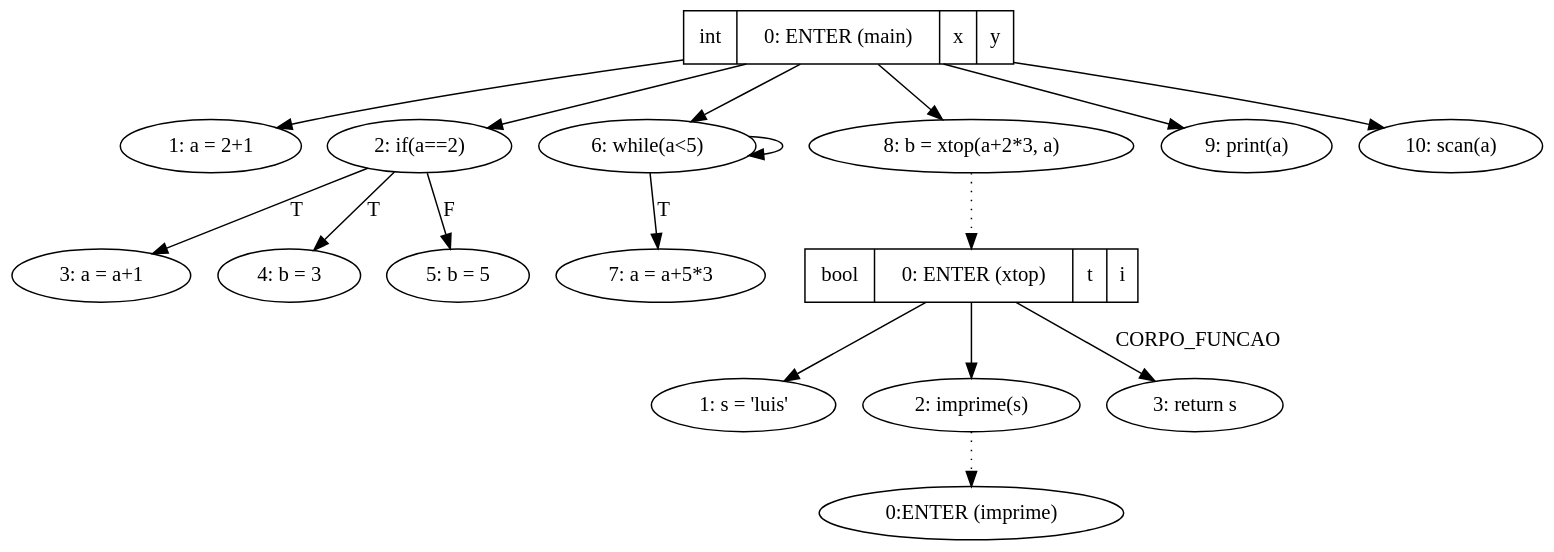
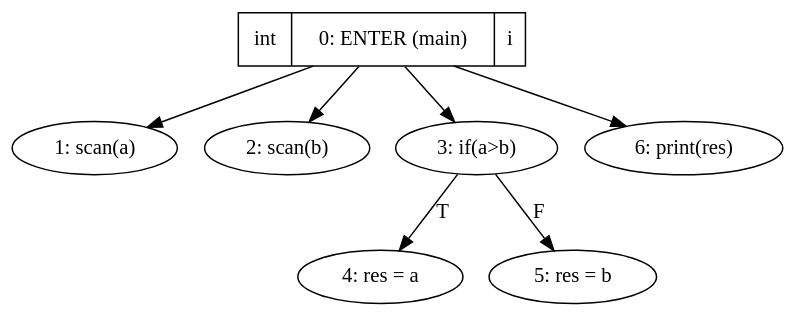
One commit to MiguelCosta/ATS changed the diagram in Final/Cmb/WebSite/Gramatica/output/sdg.gv. Above: the diagram before and after it, drawn with Graphviz. The commit also changed 18 other files, not shown here.

```diff
--- a/Final/Cmb/WebSite/Gramatica/output/sdg.gv
+++ b/Final/Cmb/WebSite/Gramatica/output/sdg.gv
@@ -1,42 +1,20 @@
 digraph mainmapSDG {
 graph [bgcolor=transparent];
-"0:ENTER (main)"[shape=record, label="{{int|0: ENTER (main)|x|y}}"];
-"1:a = 2+1"[label="1: a = 2+1"];
-"2:if(a==2)"[label="2: if(a==2)"];
-"3:a = a+1"[label="3: a = a+1"];
-"4:b = 3"[label="4: b = 3"];
-"5:b = 5"[label="5: b = 5"];
-"6:while(a<5)"[label="6: while(a<5)"];
-"7:a = a+5*3"[label="7: a = a+5*3"];
-"8:b = xtop(a+2*3, a)"[label="8: b = xtop(a+2*3, a)"];
-"9:print(a)"[label="9: print(a)"];
-"10:scan(a)"[label="10: scan(a)"];
+"0:ENTER (main)"[shape=record, label="{{int|0: ENTER (main)|i}}"];
+"1:scan(a)"[label="1: scan(a)"];
+"2:scan(b)"[label="2: scan(b)"];
+"3:if(a>b)"[label="3: if(a>b)"];
+"4:res = a"[label="4: res = a"];
+"5:res = b"[label="5: res = b"];
+"6:print(res)"[label="6: print(res)"];
 
 
-"0:ENTER (main)" -> "1:a = 2+1";
-	"0:ENTER (main)" -> "2:if(a==2)";
-	"0:ENTER (main)" -> "6:while(a<5)";
-	"0:ENTER (main)" -> "8:b = xtop(a+2*3, a)";
-	"0:ENTER (main)" -> "9:print(a)";
-	"0:ENTER (main)" -> "10:scan(a)";
-	"2:if(a==2)" -> "3:a = a+1"[label="T"];
-	"2:if(a==2)" -> "4:b = 3"[label="T"];
-	"2:if(a==2)" -> "5:b = 5"[label="F"];
-	"6:while(a<5)" -> "6:while(a<5)";
-	"6:while(a<5)" -> "7:a = a+5*3"[label="T"];
+"0:ENTER (main)" -> "1:scan(a)";
+	"0:ENTER (main)" -> "2:scan(b)";
+	"0:ENTER (main)" -> "3:if(a>b)";
+	"0:ENTER (main)" -> "6:print(res)";
+	"3:if(a>b)" -> "4:res = a"[label="T"];
+	"3:if(a>b)" -> "5:res = b"[label="F"];
 	
 
-"8:b = xtop(a+2*3, a)" -> "0:ENTER (xtop)" [style=dotted];
-	"0:ENTER (xtop)"[shape=record, label="{{bool|0: ENTER (xtop)|t|i}}"];
-"1:s = 'luis'"[label="1: s = 'luis'"];
-"2:imprime(s)"[label="2: imprime(s)"];
-"3:return s"[label="3: return s"];
-
-
-"0:ENTER (xtop)" -> "1:s = 'luis'";
-	"0:ENTER (xtop)" -> "2:imprime(s)";
-	"0:ENTER (xtop)" -> "3:return s"[label="CORPO_FUNCAO"];
-	
-
-"2:imprime(s)" -> "0:ENTER (imprime)" [style=dotted];
-	}
+}
```
